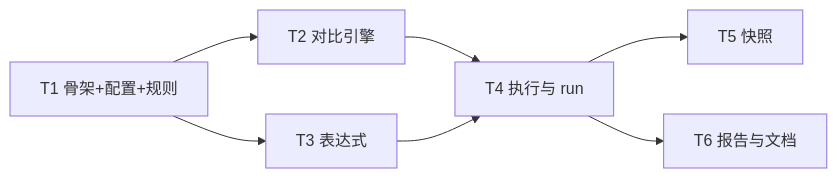
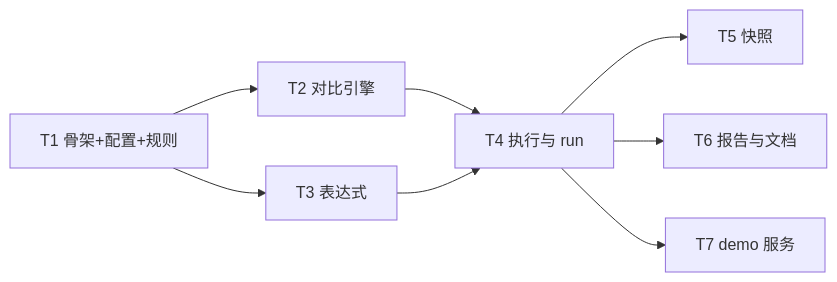
The diagram in doc/spec/spec-v1-tasks.md (caiuswang/api-regress), drawn with Mermaid before and after one commit. The commit also changed other lines of this file and 14 other files, not shown here.

````diff
--- a/doc/spec/spec-v1-tasks.md
+++ b/doc/spec/spec-v1-tasks.md
@@ -8,9 +8,10 @@
 ```mermaid
 flowchart LR
   T1[T1 骨架+配置+规则] --> T2[T2 对比引擎]
   T1 --> T3[T3 表达式]
   T2 --> T4[T4 执行与 run]
   T3 --> T4
   T4 --> T5[T5 快照]
   T4 --> T6[T6 报告与文档]
+  T4 --> T7[T7 demo 服务]
 ```
````
